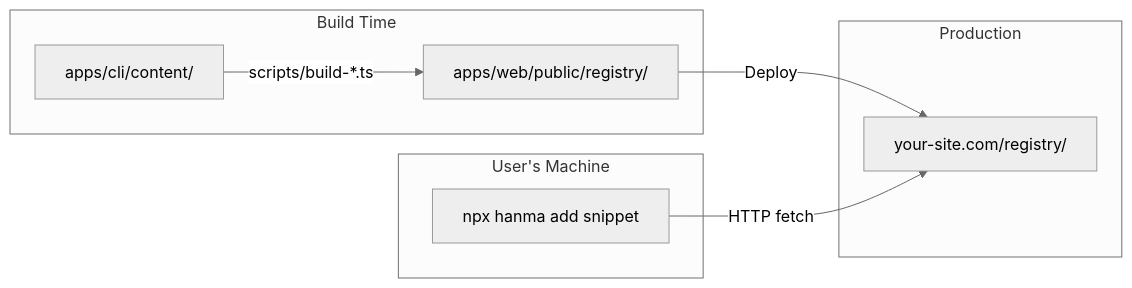
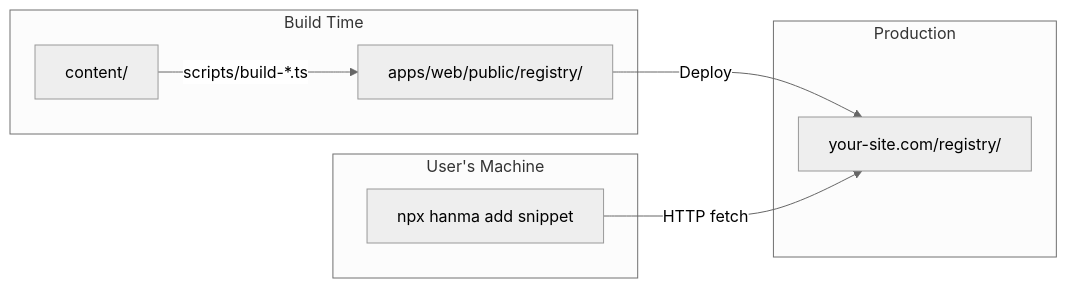
One commit to itstheanurag/hanma changed the diagram in ARCHITECTURE.md. Above: the diagram before and after it, drawn with Mermaid (neutral theme). The commit also changed other lines of this file and 1 other file, not shown here.

Commit message:
update build scripts and the architecture

````diff
--- a/ARCHITECTURE.md
+++ b/ARCHITECTURE.md
@@ -36,14 +39,14 @@
 ```mermaid
 flowchart LR
     subgraph "Build Time"
-        A[apps/cli/content/] -->|scripts/build-*.ts| B[apps/web/public/registry/]
+        A[content/] -->|scripts/build-*.ts| B[apps/web/public/registry/]
     end
     
     subgraph "Production"
         B -->|Deploy| C[your-site.com/registry/]
     end
     
     subgraph "User's Machine"
         D[npx hanma add snippet] -->|HTTP fetch| C
     end
 ```
````
